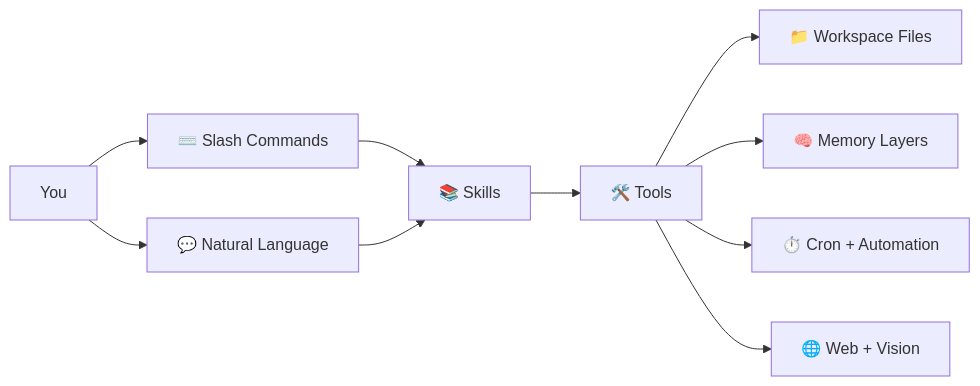
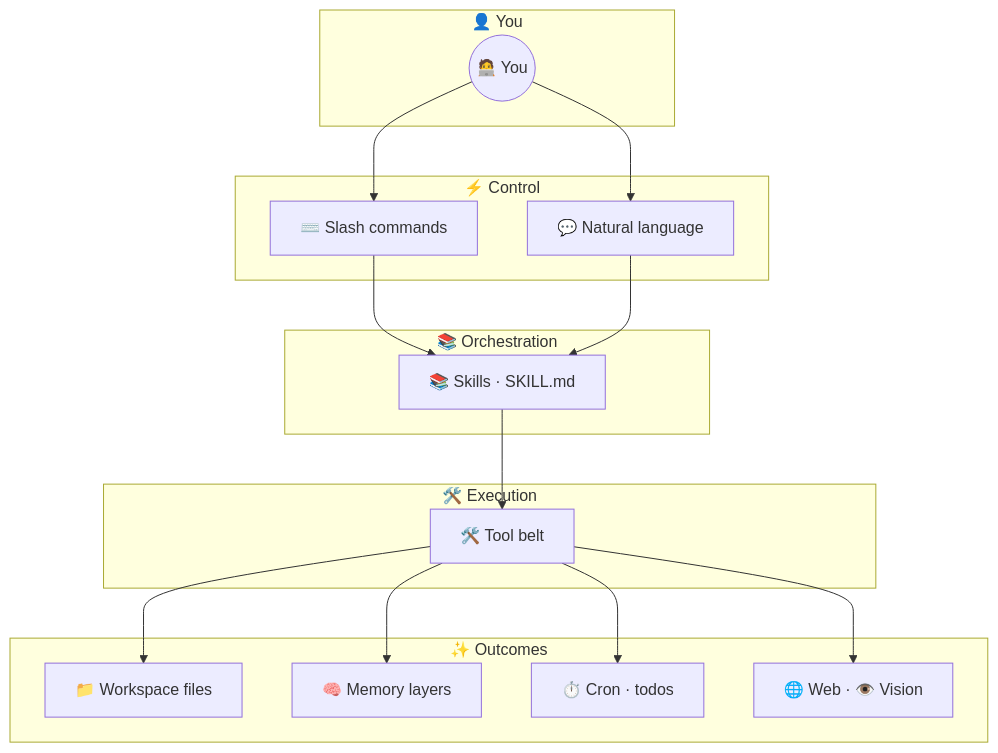
Before and after one commit to nikola66/web-agent: the first of 4 diagrams in README.md, drawn with Mermaid. The commit also changed other lines of this file and 36 other files, not shown here.

First line of the commit message:
release: v1.0.1 — multilingual docs, turn-judge pipeline, chart polish

````diff
--- a/README.md
+++ b/README.md
@@ -59,12 +106,32 @@
 ```mermaid
-flowchart LR
-  U[You] --> C[⌨️ Slash Commands]
-  U --> P[💬 Natural Language]
-  C --> S[📚 Skills]
+flowchart TB
+  subgraph input["👤 You"]
+    U(("🧑‍💻 You"))
+  end
+
+  subgraph control["⚡ Control"]
+    C["⌨️ Slash commands"]
+    P["💬 Natural language"]
+  end
+
+  subgraph skills["📚 Orchestration"]
+    S["📚 Skills · SKILL.md"]
+  end
+
+  subgraph execute["🛠️ Execution"]
+    T["🛠️ Tool belt"]
+  end
+
+  subgraph outcomes["✨ Outcomes"]
+    W["📁 Workspace files"]
+    M["🧠 Memory layers"]
+    A["⏱️ Cron · todos"]
+    R["🌐 Web · 👁️ Vision"]
+  end
+
+  U --> C & P
+  C --> S
   P --> S
-  S --> T[🛠️ Tools]
-  T --> W[📁 Workspace Files]
-  T --> M[🧠 Memory Layers]
-  T --> A[⏱️ Cron + Automation]
-  T --> R[🌐 Web + Vision]
+  S --> T
+  T --> W & M & A & R
 ```
````
